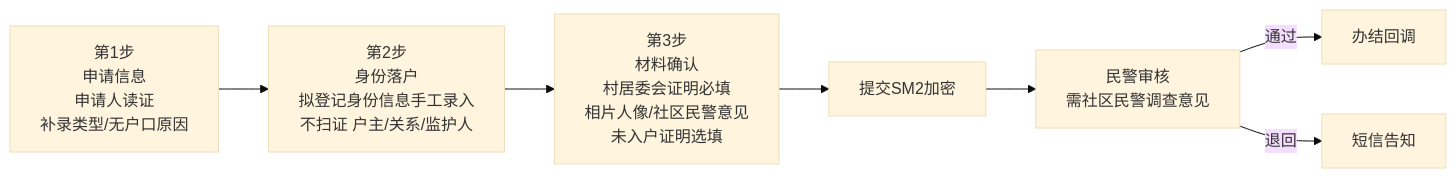
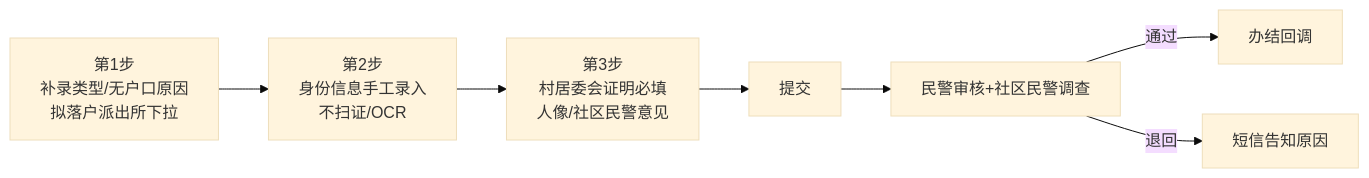
Before and after one commit to ikid-zhang/linzhi-miniprogram-prototype: the seventh of 9 diagrams in 户政业务功能说明.md, drawn with Mermaid (base theme). The commit also changed other lines of this file and 1 other file, not shown here.

````diff
--- a/户政业务功能说明.md
+++ b/户政业务功能说明.md
@@ -328,8 +409,8 @@
 ```mermaid
 flowchart LR
-    T1[第1步<br/>申请信息<br/>申请人读证<br/>补录类型/无户口原因] --> T2[第2步<br/>身份落户<br/>拟登记身份信息手工录入<br/>不扫证 户主/关系/监护人]
-    T2 --> T3[第3步<br/>材料确认<br/>村居委会证明必填<br/>相片人像/社区民警意见<br/>未入户证明选填]
-    T3 --> SUB[提交SM2加密] --> AUD[民警审核<br/>需社区民警调查意见]
+    T1[第1步<br/>补录类型/无户口原因<br/>拟落户派出所下拉] --> T2[第2步<br/>身份信息手工录入<br/>不扫证/OCR]
+    T2 --> T3[第3步<br/>村居委会证明必填<br/>人像/社区民警意见]
+    T3 --> SUB[提交] --> AUD[民警审核+社区民警调查]
     AUD -->|通过| DONE[办结回调]
-    AUD -->|退回| R[短信告知]
+    AUD -->|退回| R[短信告知原因]
 ```
````
